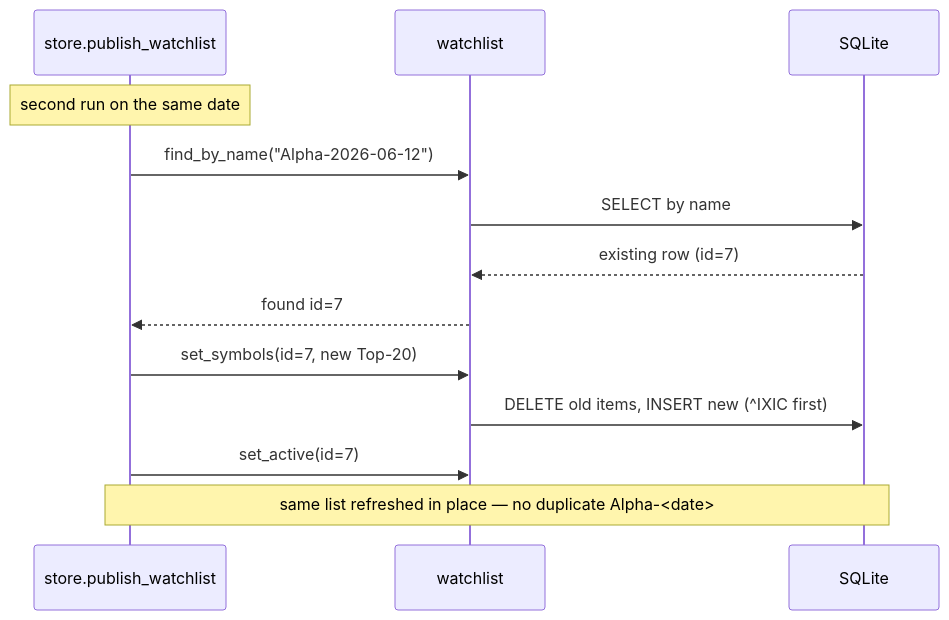
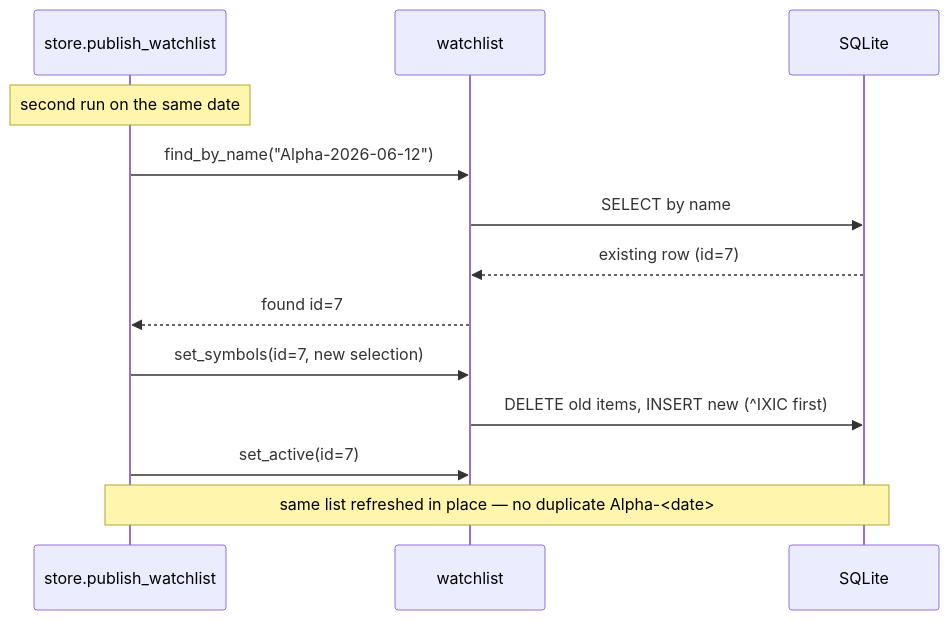
The fifth of 5 diagrams in docs/alpha-hunter/SEQUENCE-DIAGRAM.md (cloudaipro/CIOAgent), drawn with Mermaid before and after one commit. The commit also changed other lines of this file and 19 other files, not shown here.

````diff
--- a/docs/alpha-hunter/SEQUENCE-DIAGRAM.md
+++ b/docs/alpha-hunter/SEQUENCE-DIAGRAM.md
@@ -123,16 +123,16 @@
 ```mermaid
 sequenceDiagram
     participant Store as store.publish_watchlist
     participant WL as watchlist
     participant DB as SQLite
 
     Note over Store: second run on the same date
     Store->>WL: find_by_name("Alpha-2026-06-12")
     WL->>DB: SELECT by name
     DB-->>WL: existing row (id=7)
     WL-->>Store: found id=7
-    Store->>WL: set_symbols(id=7, new Top-20)
+    Store->>WL: set_symbols(id=7, new selection)
     WL->>DB: DELETE old items, INSERT new (^IXIC first)
     Store->>WL: set_active(id=7)
     Note over Store,DB: same list refreshed in place — no duplicate Alpha-<date>
 ```
````
